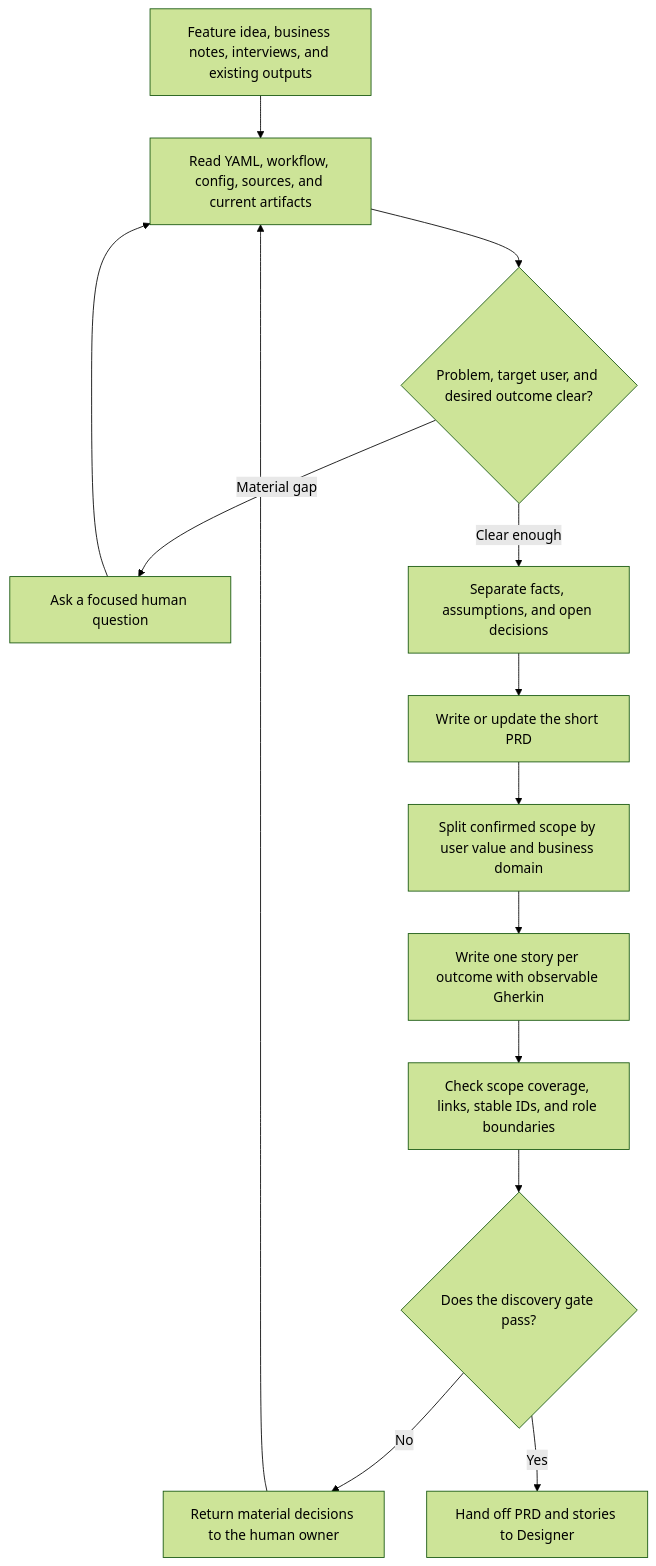
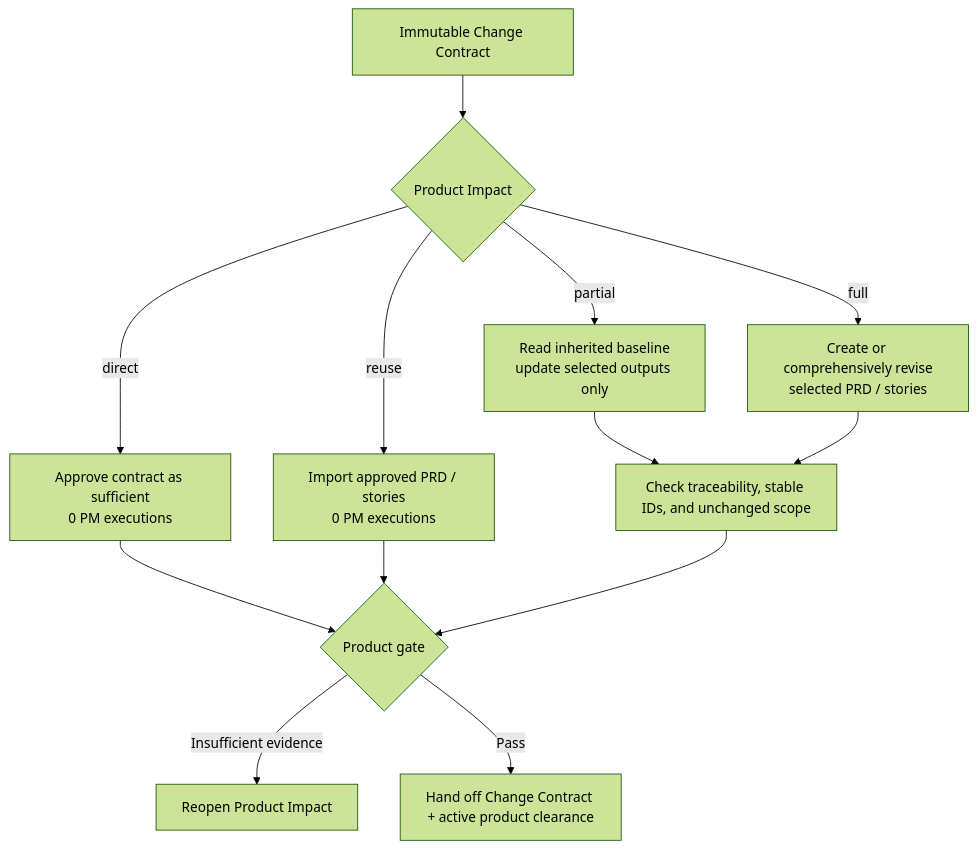
One commit to davych/agents-instruction changed the diagram in guidelines/roles/pm-ba/README.md. Above: the diagram before and after it, drawn with Mermaid (forest theme). The commit also changed other lines of this file and 87 other files, not shown here.

Commit message:
Add change-aware SDLC routing and architecture rules (#2)

````diff
--- a/guidelines/roles/pm-ba/README.md
+++ b/guidelines/roles/pm-ba/README.md
@@ -63,16 +84,15 @@
 ```mermaid
 flowchart TD
-  Inputs["Feature idea, business notes, interviews, and existing outputs"] --> Read["Read YAML, workflow, config, sources, and current artifacts"]
-  Read --> Basic{"Problem, target user, and desired outcome clear?"}
-  Basic -->|"Material gap"| Ask["Ask a focused human question"]
-  Ask --> Read
-  Basic -->|"Clear enough"| Evidence["Separate facts, assumptions, and open decisions"]
-  Evidence --> PRD["Write or update the short PRD"]
-  PRD --> Stories["Split confirmed scope by user value and business domain"]
-  Stories --> AC["Write one story per outcome with observable Gherkin"]
-  AC --> Review["Check scope coverage, links, stable IDs, and role boundaries"]
-  Review --> Gate{"Does the discovery gate pass?"}
-  Gate -->|"No"| Human["Return material decisions to the human owner"]
-  Human --> Read
-  Gate -->|"Yes"| Handoff["Hand off PRD and stories to Designer"]
+  Contract["Immutable Change Contract"] --> Impact{"Product Impact"}
+  Impact -->|"direct"| Direct["Approve contract as sufficient<br/>0 PM executions"]
+  Impact -->|"reuse"| Reuse["Import approved PRD / stories<br/>0 PM executions"]
+  Impact -->|"partial"| Partial["Read inherited baseline<br/>update selected outputs only"]
+  Impact -->|"full"| Full["Create or comprehensively revise<br/>selected PRD / stories"]
+  Partial --> Review["Check traceability, stable IDs, and unchanged scope"]
+  Full --> Review
+  Direct --> Gate{"Product gate"}
+  Reuse --> Gate
+  Review --> Gate
+  Gate -->|"Insufficient evidence"| Reassess["Reopen Product Impact"]
+  Gate -->|"Pass"| Handoff["Hand off Change Contract + active product clearance"]
 ```
````
